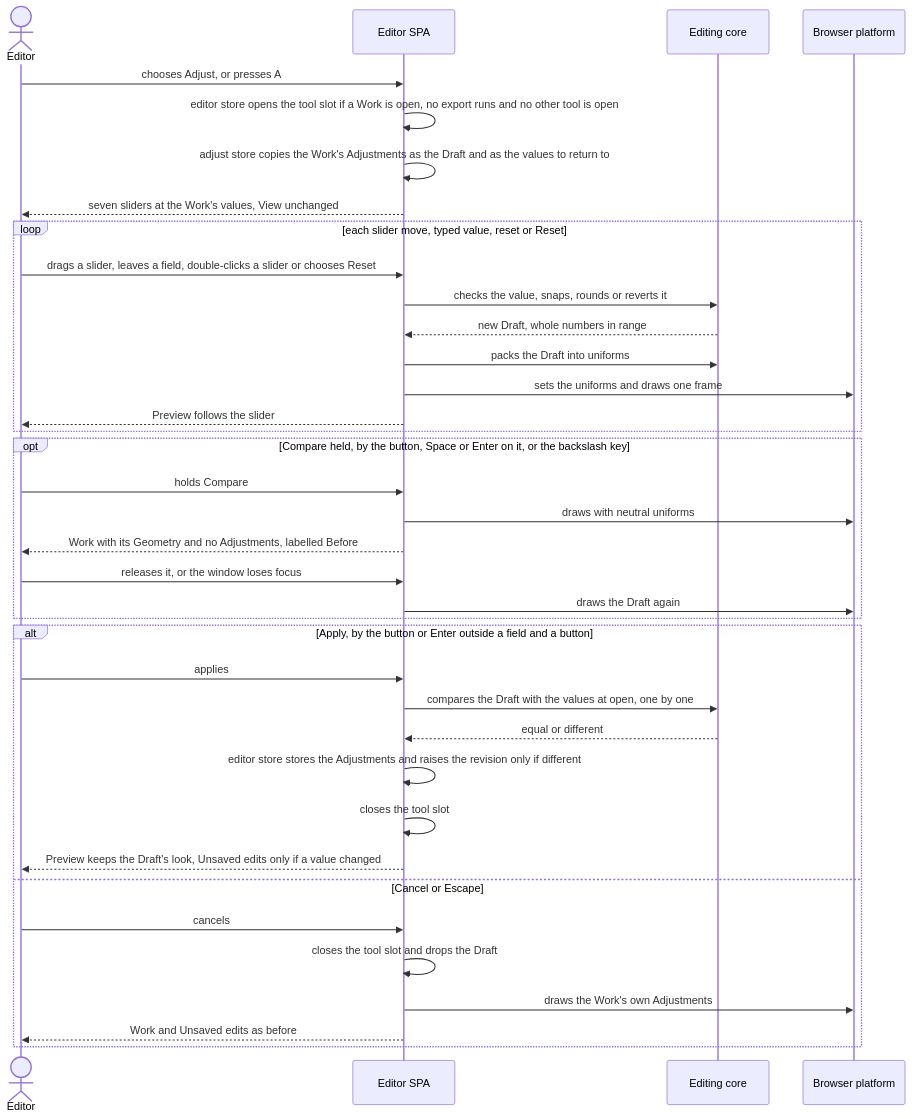
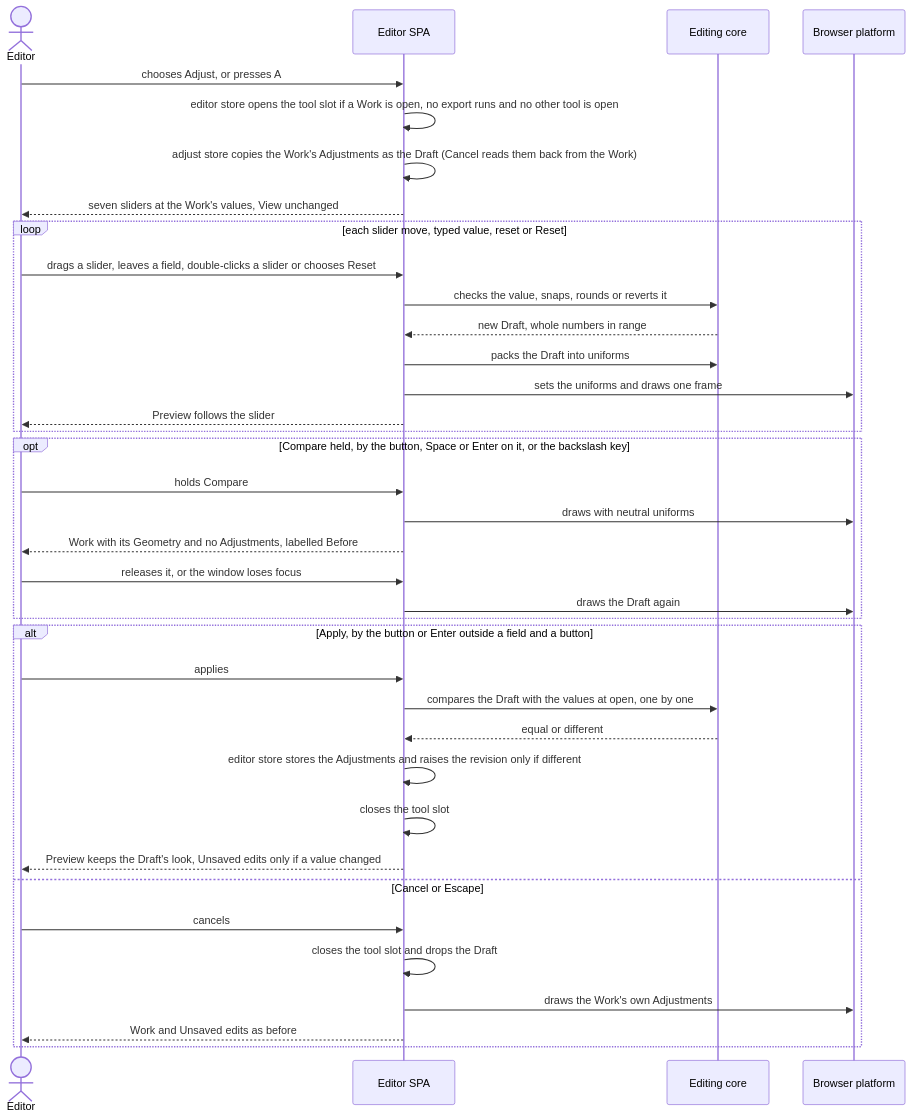
Before and after one commit to Blazheiko/imgly: the third of 12 diagrams in docs/features/adjust/sad.md, drawn with Mermaid. The commit also changed other lines of this file and 10 other files, not shown here.

````diff
--- a/docs/features/adjust/sad.md
+++ b/docs/features/adjust/sad.md
@@ -217,40 +218,40 @@
 ```mermaid
 sequenceDiagram
     actor Editor
     participant SPA as Editor SPA
     participant Core as Editing core
     participant Browser as Browser platform
 
     Editor->>SPA: chooses Adjust, or presses A
     SPA->>SPA: editor store opens the tool slot if a Work is open, no export runs and no other tool is open
-    SPA->>SPA: adjust store copies the Work's Adjustments as the Draft and as the values to return to
+    SPA->>SPA: adjust store copies the Work's Adjustments as the Draft (Cancel reads them back from the Work)
     SPA-->>Editor: seven sliders at the Work's values, View unchanged
     loop each slider move, typed value, reset or Reset
         Editor->>SPA: drags a slider, leaves a field, double-clicks a slider or chooses Reset
         SPA->>Core: checks the value, snaps, rounds or reverts it
         Core-->>SPA: new Draft, whole numbers in range
         SPA->>Core: packs the Draft into uniforms
         SPA->>Browser: sets the uniforms and draws one frame
         SPA-->>Editor: Preview follows the slider
     end
     opt Compare held, by the button, Space or Enter on it, or the backslash key
         Editor->>SPA: holds Compare
         SPA->>Browser: draws with neutral uniforms
         SPA-->>Editor: Work with its Geometry and no Adjustments, labelled Before
         Editor->>SPA: releases it, or the window loses focus
         SPA->>Browser: draws the Draft again
     end
     alt Apply, by the button or Enter outside a field and a button
         Editor->>SPA: applies
         SPA->>Core: compares the Draft with the values at open, one by one
         Core-->>SPA: equal or different
         SPA->>SPA: editor store stores the Adjustments and raises the revision only if different
         SPA->>SPA: closes the tool slot
         SPA-->>Editor: Preview keeps the Draft's look, Unsaved edits only if a value changed
     else Cancel or Escape
         Editor->>SPA: cancels
         SPA->>SPA: closes the tool slot and drops the Draft
         SPA->>Browser: draws the Work's own Adjustments
         SPA-->>Editor: Work and Unsaved edits as before
     end
 ```
````
